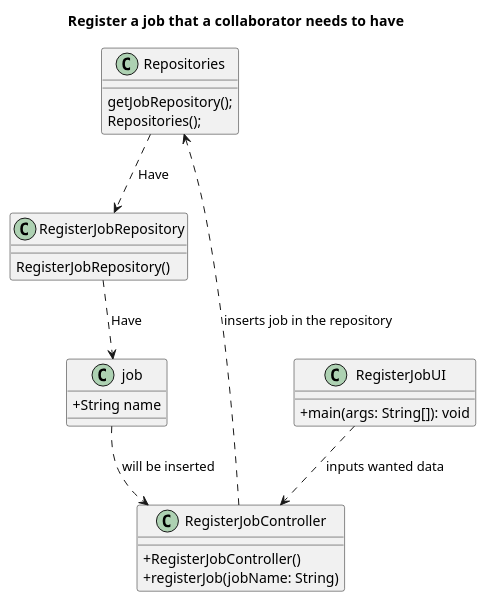
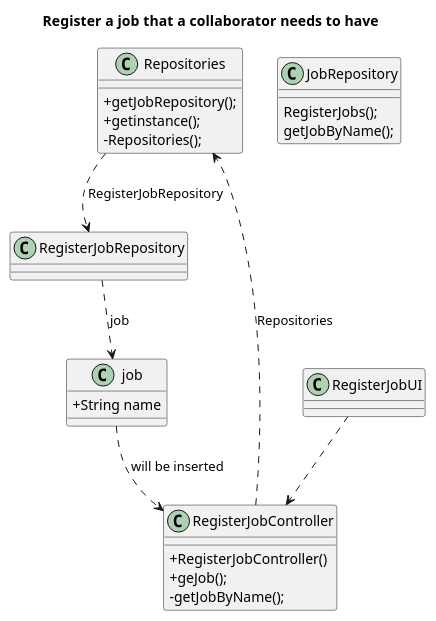
The diagram in docs/sprintB/us002/03.design/puml/us002-class-diagram.puml (Departamento-de-Engenharia-Informatica/lei-24-s2-1dm-g132), drawn with PlantUML before and after one commit. The commit also changed 5 other files, not shown here.

Commit message:
Changes in the job and Vehicle class diagram

```diff
--- a/docs/sprintB/us002/03.design/puml/us002-class-diagram.puml
+++ b/docs/sprintB/us002/03.design/puml/us002-class-diagram.puml
@@ -1,33 +1,37 @@
 @startuml
 title Register a job  that a collaborator needs to have
 
 skinparam classAttributeIconSize 0
 
 class Repositories {
-    getJobRepository();
-    Repositories();
+    +getJobRepository();
+    +getinstance();
+    -Repositories();
 }
 class RegisterJobController {
     + RegisterJobController()
-    + registerJob(jobName: String)
+    + geJob();
+    -getJobByName();
+
 
 }
 
 class RegisterJobUI {
-    +main(args: String[]): void
+
 }
 
-class RegisterJobRepository {
-    RegisterJobRepository()
+class JobRepository {
+    RegisterJobs();
+    getJobByName();
 }
 class job{
     +String name
 }
 
 
-RegisterJobUI ..> RegisterJobController: inputs wanted data
-RegisterJobController ..> Repositories : inserts job in the repository
-Repositories ..> RegisterJobRepository : Have
-RegisterJobRepository ..> job : Have
+RegisterJobUI ..> RegisterJobController
+RegisterJobController ..> Repositories : Repositories
+Repositories ..> RegisterJobRepository : RegisterJobRepository
+RegisterJobRepository ..> job : job
 job ..> RegisterJobController : will be inserted
 @enduml
```
